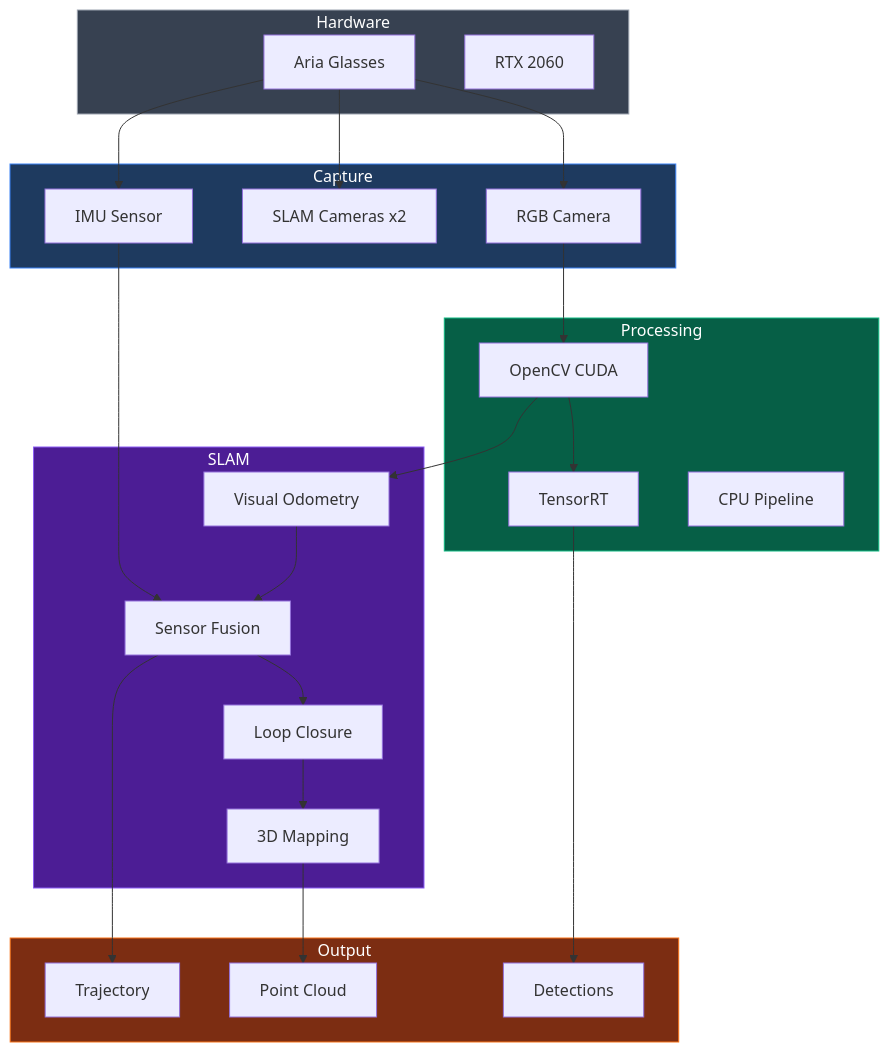
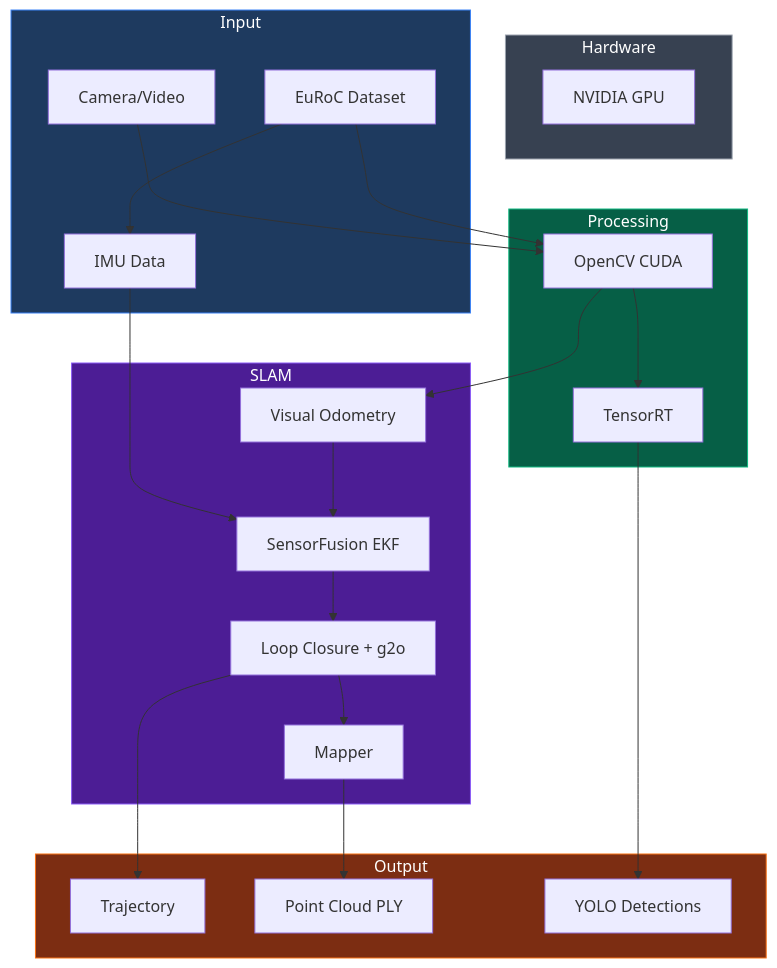
The third of 11 diagrams in README.md (robertteleng/aria-slam), drawn with Mermaid before and after one commit. The commit also changed other lines of this file, not shown here.

````diff
--- a/README.md
+++ b/README.md
@@ -159,55 +159,52 @@
 ```mermaid
 flowchart TD
     subgraph Hardware
-        ARIA[Aria Glasses]
-        GPU[RTX 2060]
+        GPU[NVIDIA GPU]
     end
 
-    subgraph Capture
-        RGB[RGB Camera]
-        SLAM_CAM[SLAM Cameras x2]
-        IMU_S[IMU Sensor]
+    subgraph Input
+        CAM[Camera/Video]
+        EUROC[EuRoC Dataset]
+        IMU_S[IMU Data]
     end
 
     subgraph Processing
         CUDA[OpenCV CUDA]
         TRT[TensorRT]
-        CPU[CPU Pipeline]
     end
 
     subgraph SLAM
         VO[Visual Odometry]
-        FUSION[Sensor Fusion]
-        LOOP[Loop Closure]
-        MAPPING[3D Mapping]
+        FUSION[SensorFusion EKF]
+        LOOP[Loop Closure + g2o]
+        MAPPING[Mapper]
     end
 
     subgraph Output
         TRAJ[Trajectory]
-        MAP[Point Cloud]
-        DET[Detections]
+        MAP[Point Cloud PLY]
+        DET[YOLO Detections]
     end
 
-    ARIA --> RGB
-    ARIA --> SLAM_CAM
-    ARIA --> IMU_S
+    CAM --> CUDA
+    EUROC --> CUDA
+    EUROC --> IMU_S
+    IMU_S --> FUSION
 
-    RGB --> CUDA
     CUDA --> VO
-    IMU_S --> FUSION
     VO --> FUSION
     FUSION --> LOOP
     LOOP --> MAPPING
 
     CUDA --> TRT
     TRT --> DET
 
     MAPPING --> MAP
-    FUSION --> TRAJ
+    LOOP --> TRAJ
 
     style Hardware fill:#374151,stroke:#9ca3af,color:#fff
-    style Capture fill:#1e3a5f,stroke:#3b82f6,color:#fff
+    style Input fill:#1e3a5f,stroke:#3b82f6,color:#fff
     style Processing fill:#065f46,stroke:#10b981,color:#fff
     style SLAM fill:#4c1d95,stroke:#8b5cf6,color:#fff
     style Output fill:#7c2d12,stroke:#f97316,color:#fff
 ```
````
